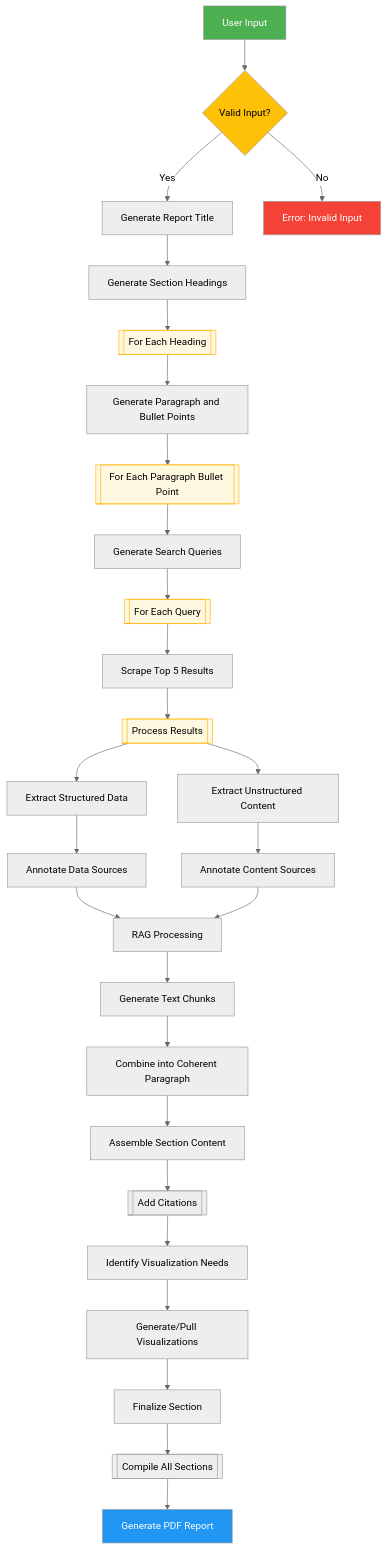
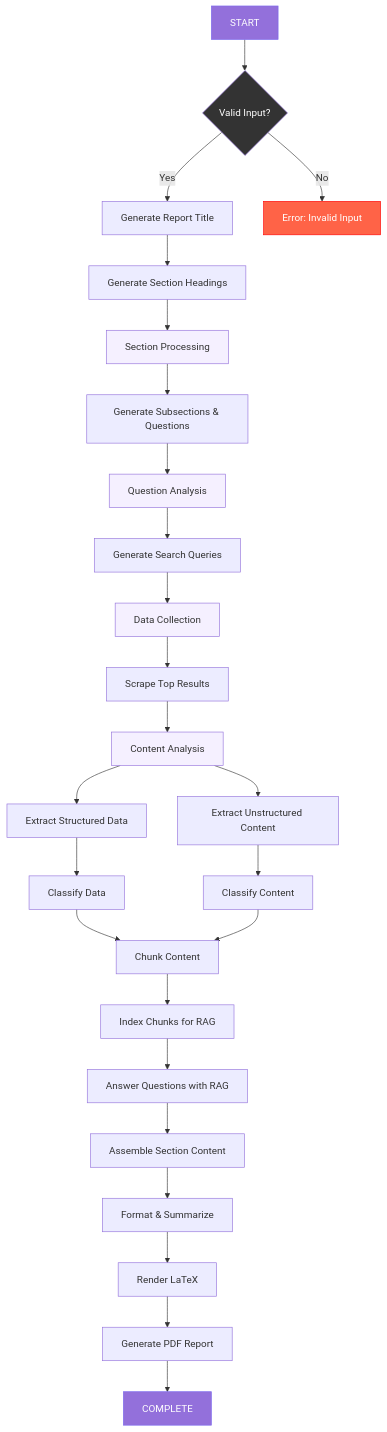
One commit to norpie/finanalize changed the diagram in README.md. Above: the diagram before and after it, drawn with Mermaid.

Commit message:
Update README.md with new Workflow

````diff
--- a/README.md
+++ b/README.md
@@ -19,37 +19,41 @@
 ```mermaid
-%%{init: {'theme': 'neutral', 'themeVariables': { 'primaryColor': '#e6f3ff'}}}%%
 graph TD
-    A[User Input] --> B{Valid Input?}
+    A[START] --> B{Valid Input?}
     B -->|Yes| C[Generate Report Title]
     B -->|No| Z[Error: Invalid Input]
+    
     C --> D[Generate Section Headings]
-    D --> E[[For Each Heading]]
-    E --> F[Generate Paragraph and Bullet Points]
-    F --> G[[For Each Paragraph Bullet Point]]
+    D --> E[Section Processing]
+    E --> F[Generate Subsections & Questions]
+    F --> G[Question Analysis]
     G --> H[Generate Search Queries]
-    H --> I[[For Each Query]]
-    I --> J[Scrape Top 5 Results]
-    J --> K[[Process Results]]
+    H --> I[Data Collection]
+    I --> J[Scrape Top Results]
+    J --> K[Content Analysis]
+    
     K --> L[Extract Structured Data]
     K --> M[Extract Unstructured Content]
-    L --> N[Annotate Data Sources]
-    M --> O[Annotate Content Sources]
-    N --> P[RAG Processing]
+    
+    L --> N[Classify Data]
+    M --> O[Classify Content]
+    
+    N --> P[Chunk Content]
     O --> P
-    P --> Q[Generate Text Chunks]
-    Q --> R[Combine into Coherent Paragraph]
+    P --> Q[Index Chunks for RAG]
+    Q --> R[Answer Questions with RAG]
     R --> S[Assemble Section Content]
-    S --> T[[Add Citations]]
-    T --> U[Identify Visualization Needs]
-    U --> V[Generate/Pull Visualizations]
-    V --> W[Finalize Section]
-    W --> X[[Compile All Sections]]
-    X --> Y[Generate PDF Report]
+    S --> T[Format & Summarize]
+    T --> U[Render LaTeX]
+    U --> V[Generate PDF Report]
+    V --> W[COMPLETE]
 
-    style A fill:#4CAF50,color:white
-    style B fill:#FFC107,color:black
-    style Z fill:#F44336,color:white
-    style Y fill:#2196F3,color:white
-    classDef loop fill:#fff8e1,stroke:#ffb300;
-    class E,G,I,K loop;
+    %% Basic styling that works in GitHub
+    style A fill:#9370DB,stroke:#7B68EE,color:white
+    style W fill:#9370DB,stroke:#7B68EE,color:white
+    style B fill:#333333,stroke:#9370DB,color:white
+    style Z fill:#FF6347,stroke:#FF0000,color:white
+    style E fill:#F5F0FF,stroke:#9370DB
+    style G fill:#F5F0FF,stroke:#9370DB
+    style I fill:#F5F0FF,stroke:#9370DB
+    style K fill:#F5F0FF,stroke:#9370DB
 ```
````
